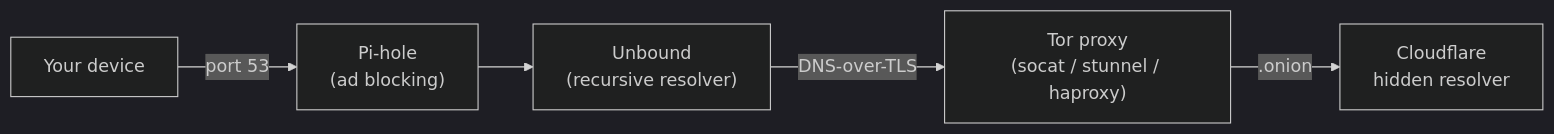
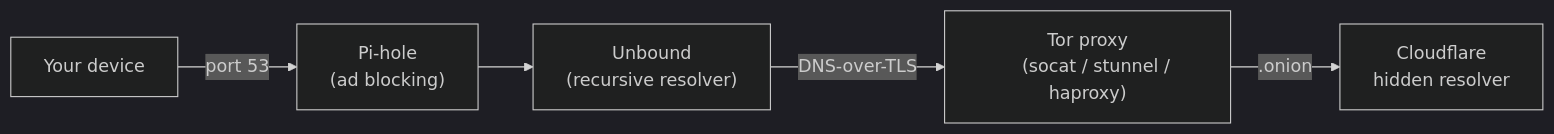
Before and after one commit to sureserverman/nice-dns: the diagram in README.md, drawn with Mermaid (dark theme).

Commit message:
Fixed flowchart

````diff
--- a/README.md
+++ b/README.md
@@ -62,7 +62,11 @@
 ```mermaid
 flowchart LR
-    A["Your device"] -- port 53 --> B["Pi-hole\n(ad blocking)"]
-    B --> C["Unbound\n(recursive resolver)"]
-    C -- DNS-over-TLS --> D["Tor proxy\n(socat / stunnel / haproxy)"]
-    D -- ".onion" --> E["Cloudflare\nhidden resolver"]
+    A["Your device"] -- port 53 --> B["Pi-hole
+    (ad blocking)"]
+    B --> C["Unbound
+    (recursive resolver)"]
+    C -- DNS-over-TLS --> D["Tor proxy
+    (socat / stunnel / haproxy)"]
+    D -- ".onion" --> E["Cloudflare
+    hidden resolver"]
 ```
````
